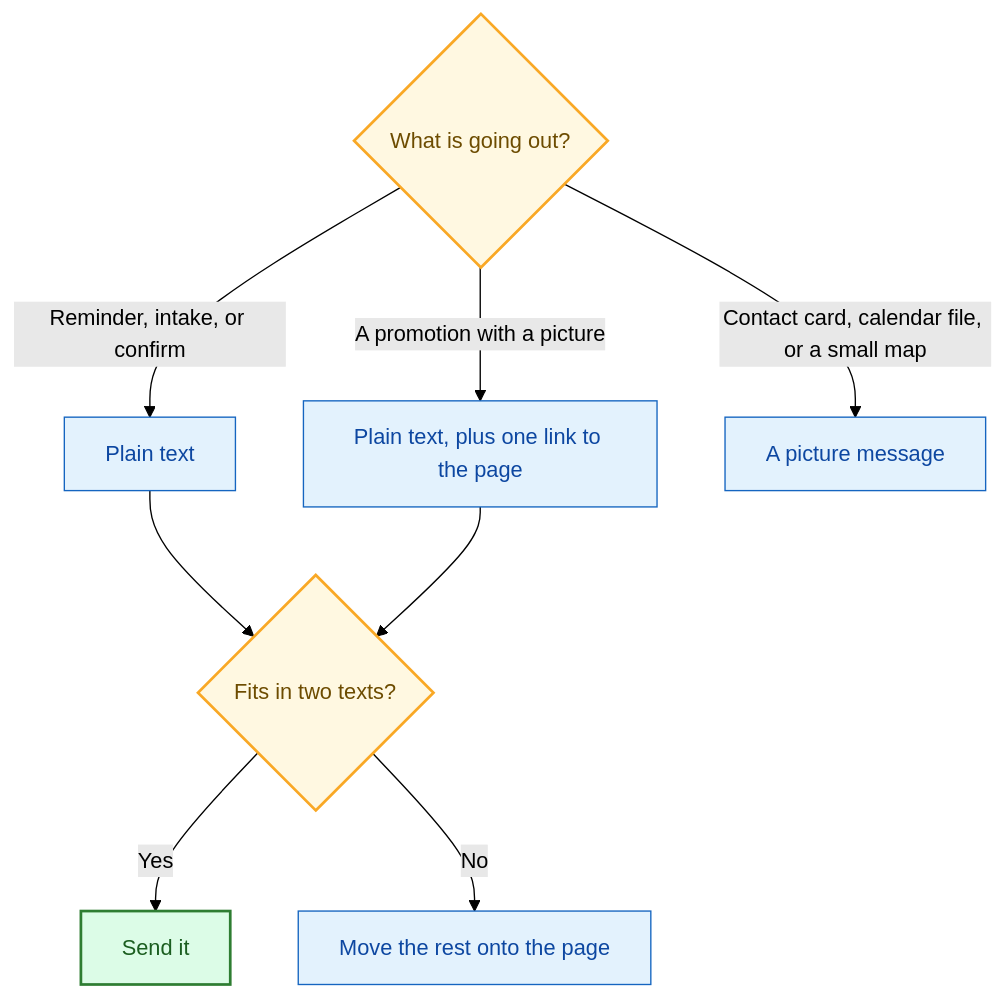
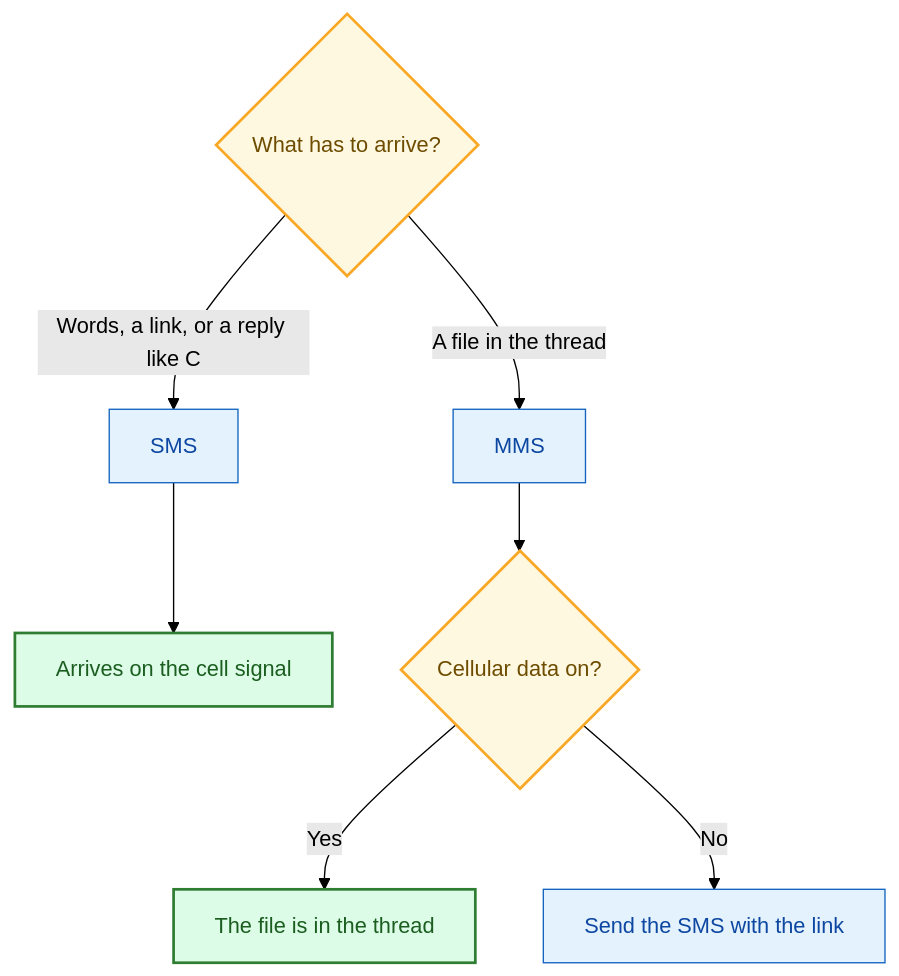
Before and after one commit to daava-hq/shared-docs: the first of 2 diagrams in docs/sms-and-picture-messages.md, drawn with Mermaid (forest theme). The commit also changed other lines of this file and 2 other files, not shown here.

First line of the commit message:
Refocus the picture-message guide on SMS versus MMS

````diff
--- a/docs/sms-and-picture-messages.md
+++ b/docs/sms-and-picture-messages.md
@@ -18,19 +31,18 @@
 ```mermaid
 flowchart TD
-  Q{"What is going out?"}
-  Q -->|"Reminder, intake, or confirm"| TEXT["Plain text"]
-  Q -->|"A promotion with a picture"| LINK["Plain text, plus one link to the page"]
-  Q -->|"Contact card, calendar file, or a small map"| PIC["A picture message"]
-  TEXT --> FIT{"Fits in two texts?"}
-  LINK --> FIT
-  FIT -->|Yes| SEND["Send it"]
-  FIT -->|No| PAGE["Move the rest onto the page"]
+  Q{"What has to arrive?"}
+  Q -->|"Words, a link, or a reply like C"| SMS["SMS"]
+  Q -->|"A file in the thread"| MMS["MMS"]
+  SMS --> LAND["Arrives on the cell signal"]
+  MMS --> DATA{"Cellular data on?"}
+  DATA -->|Yes| FILE["The file is in the thread"]
+  DATA -->|No| BACK["Send the SMS with the link"]
 
   classDef decisionNode fill:#fff8e1,stroke:#f9a825,stroke-width:2px,color:#6d4c00
   classDef actionNode fill:#e3f2fd,stroke:#1565c0,color:#0d47a1
   classDef cleanNode fill:#dcfce7,stroke:#2e7d32,stroke-width:2px,color:#1b5e20
 
-  class Q,FIT decisionNode
-  class TEXT,LINK,PIC,PAGE actionNode
-  class SEND cleanNode
+  class Q,DATA decisionNode
+  class SMS,MMS,BACK actionNode
+  class LAND,FILE cleanNode
 ```
````
